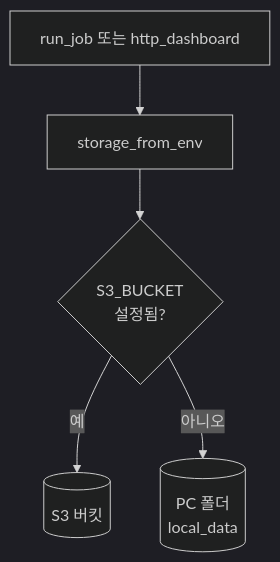
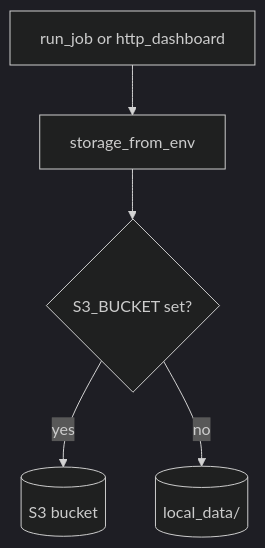
The third of 3 diagrams in README.md (LewisLim579/dx_handson), drawn with Mermaid (dark theme) before and after one commit. The commit also changed other lines of this file, not shown here.

````diff
--- a/README.md
+++ b/README.md
@@ -105,8 +119,8 @@
 ```mermaid
 flowchart TB
-  W[run_job 또는 http_dashboard]
+  W[run_job or http_dashboard]
   W --> S[storage_from_env]
-  S --> Q{S3_BUCKET\n설정됨?}
-  Q -->|예| B[(S3 버킷)]
-  Q -->|아니오| L[(PC 폴더\nlocal_data)]
+  S --> Q{S3_BUCKET set?}
+  Q -->|yes| B[(S3 bucket)]
+  Q -->|no| L[(local_data/)]
 ```
````
